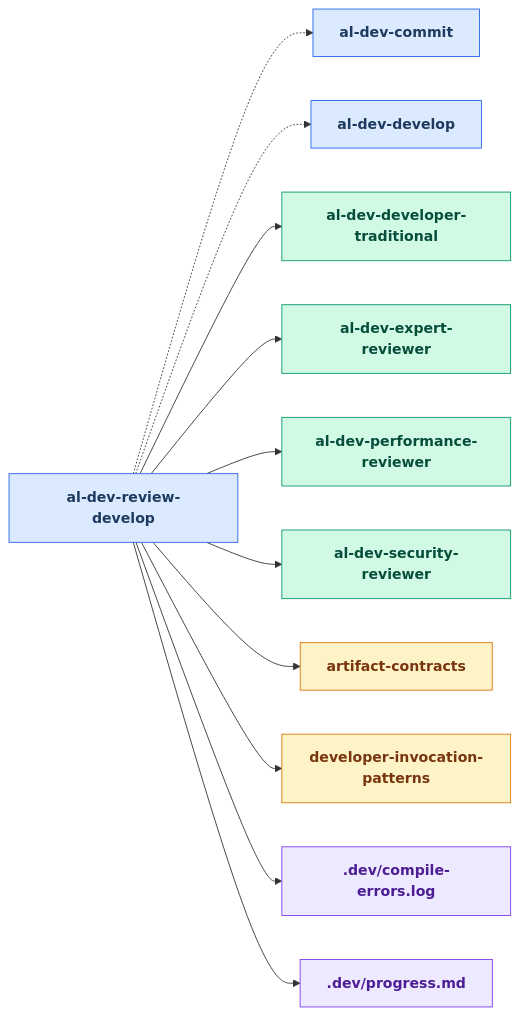
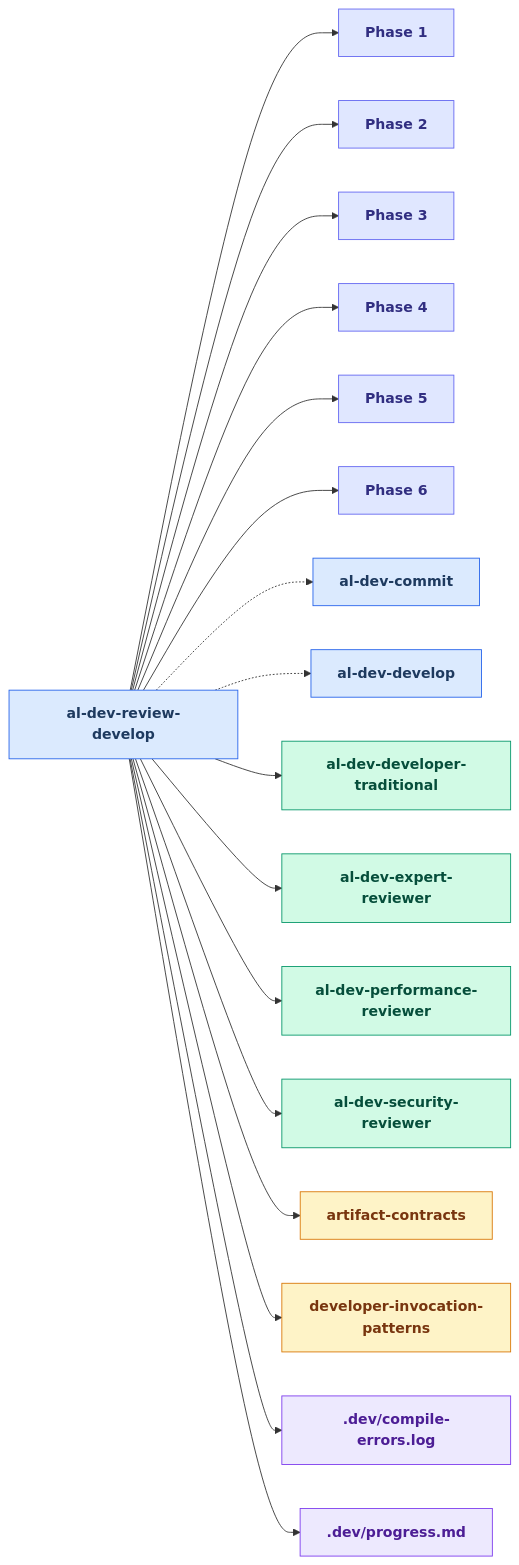
The ninth of 25 diagrams in docs/al-dev-skills-map.md (russell-laing/al-dev-shared), drawn with Mermaid before and after one commit. The commit also changed other lines of this file and 1 other file, not shown here.

First line of the commit message:
feat: generate Phase<N> nodes in skill drilldown diagrams

````diff
--- a/docs/al-dev-skills-map.md
+++ b/docs/al-dev-skills-map.md
@@ -405,42 +484,61 @@
 ```mermaid
 flowchart LR
     classDef skillNode fill:#dbeafe,stroke:#2563eb,color:#1e3a5f,font-weight:bold
     classDef agentNode fill:#d1fae5,stroke:#059669,color:#064e3b,font-weight:bold
     classDef knowledgeNode fill:#fef3c7,stroke:#d97706,color:#78350f,font-weight:bold
     classDef artifactNode fill:#ede9fe,stroke:#7c3aed,color:#4c1d95,font-weight:bold
+    classDef phaseNode fill:#e0e7ff,stroke:#6366f1,color:#312e81,font-weight:bold
 
     skill_al_dev_review_develop[al-dev-review-develop]
+    Phase1["Phase 1"]
+    Phase2["Phase 2"]
+    Phase3["Phase 3"]
+    Phase4["Phase 4"]
+    Phase5["Phase 5"]
+    Phase6["Phase 6"]
     skill_al_dev_commit[al-dev-commit]
     skill_al_dev_develop[al-dev-develop]
     agent_al_dev_developer_traditional[al-dev-developer-traditional]
     agent_al_dev_expert_reviewer[al-dev-expert-reviewer]
     agent_al_dev_performance_reviewer[al-dev-performance-reviewer]
     agent_al_dev_security_reviewer[al-dev-security-reviewer]
     knowledge_artifact_contracts_md[artifact-contracts]
     knowledge_developer_invocation_patterns_md[developer-invocation-patterns]
     artifact_compile_errors_log[.dev/compile-errors.log]
     artifact_progress_md[.dev/progress.md]
 
+    skill_al_dev_review_develop --> Phase1
+    skill_al_dev_review_develop --> Phase2
+    skill_al_dev_review_develop --> Phase3
+    skill_al_dev_review_develop --> Phase4
+    skill_al_dev_review_develop --> Phase5
+    skill_al_dev_review_develop --> Phase6
     skill_al_dev_review_develop -.-> skill_al_dev_commit
     skill_al_dev_review_develop -.-> skill_al_dev_develop
     skill_al_dev_review_develop --> agent_al_dev_developer_traditional
     skill_al_dev_review_develop --> agent_al_dev_expert_reviewer
     skill_al_dev_review_develop --> agent_al_dev_performance_reviewer
     skill_al_dev_review_develop --> agent_al_dev_security_reviewer
     skill_al_dev_review_develop --> knowledge_artifact_contracts_md
     skill_al_dev_review_develop --> knowledge_developer_invocation_patterns_md
     skill_al_dev_review_develop --> artifact_compile_errors_log
     skill_al_dev_review_develop --> artifact_progress_md
 
     class skill_al_dev_review_develop skillNode
+    class Phase1 phaseNode
+    class Phase2 phaseNode
+    class Phase3 phaseNode
+    class Phase4 phaseNode
+    class Phase5 phaseNode
+    class Phase6 phaseNode
     class skill_al_dev_commit skillNode
     class skill_al_dev_develop skillNode
     class agent_al_dev_developer_traditional agentNode
     class agent_al_dev_expert_reviewer agentNode
     class agent_al_dev_performance_reviewer agentNode
     class agent_al_dev_security_reviewer agentNode
     class knowledge_artifact_contracts_md knowledgeNode
     class knowledge_developer_invocation_patterns_md knowledgeNode
     class artifact_compile_errors_log artifactNode
     class artifact_progress_md artifactNode
 ```
````
